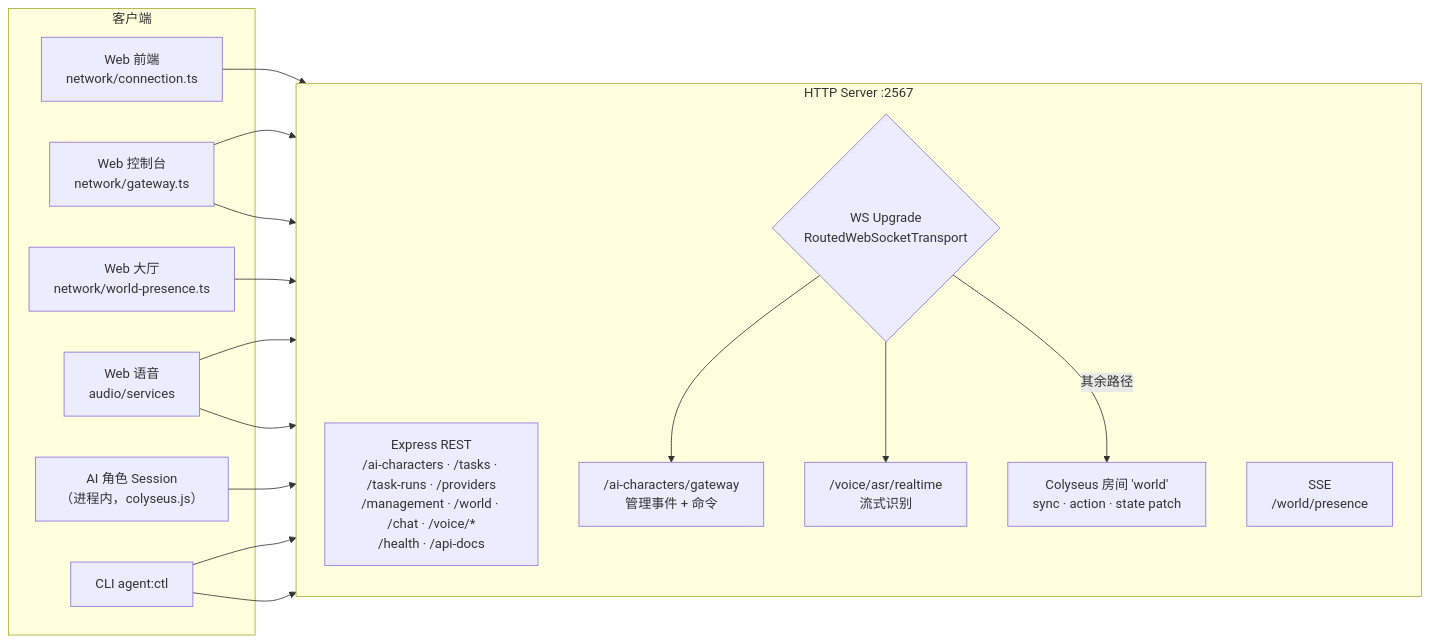
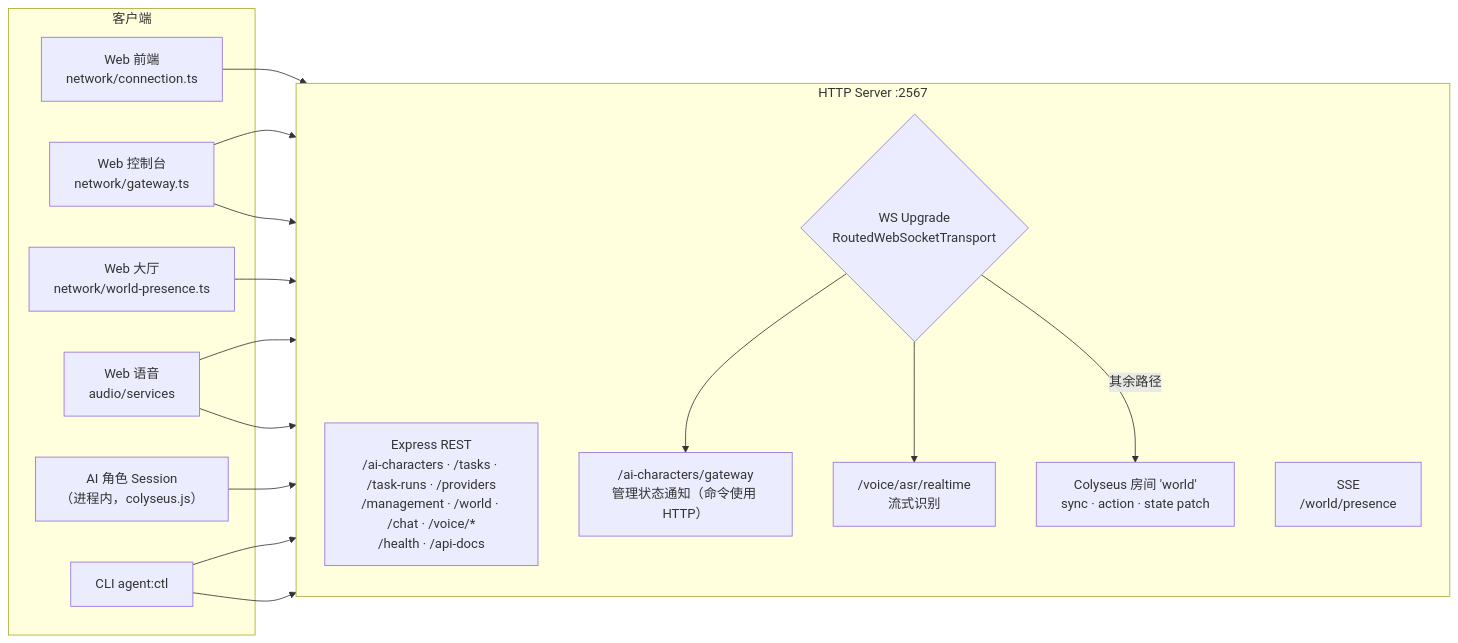
One commit to lulabs-org/embocraft changed the seventh of 14 diagrams in docs/guide/architecture-diagrams.md. Above: the diagram before and after it, drawn with Mermaid. The commit also changed other lines of this file and 4 other files, not shown here.

````diff
--- a/docs/guide/architecture-diagrams.md
+++ b/docs/guide/architecture-diagrams.md
@@ -197,35 +194,35 @@
 ```mermaid
 graph LR
     subgraph Clients["客户端"]
         WebC["Web 前端<br/>network/connection.ts"]
         WebG["Web 控制台<br/>network/gateway.ts"]
         WebP["Web 大厅<br/>network/world-presence.ts"]
         WebA["Web 语音<br/>audio/services"]
         AgentC["AI 角色 Session<br/>（进程内，colyseus.js）"]
         CLIc["CLI agent:ctl"]
     end
 
     subgraph Port["HTTP Server :2567"]
         direction TB
         REST["Express REST<br/>/ai-characters · /tasks · /task-runs · /providers<br/>/management · /world · /chat · /voice/*<br/>/health · /api-docs"]
         SSE["SSE<br/>/world/presence"]
         Upg{"WS Upgrade<br/>RoutedWebSocketTransport"}
-        GWWS["/ai-characters/gateway<br/>管理事件 + 命令"]
+        GWWS["/ai-characters/gateway<br/>管理状态通知（命令使用 HTTP）"]
         ASRWS["/voice/asr/realtime<br/>流式识别"]
         COL["Colyseus 房间 'world'<br/>sync · action · state patch"]
     end
 
     WebC --> COL
     AgentC --> COL
     WebG --> GWWS
     CLIc --> GWWS
     CLIc --> REST
     WebG --> REST
     WebP --> SSE
     WebA --> ASRWS
     WebA --> REST
 
     Upg --> GWWS
     Upg --> ASRWS
     Upg -->|其余路径| COL
 ```
````
